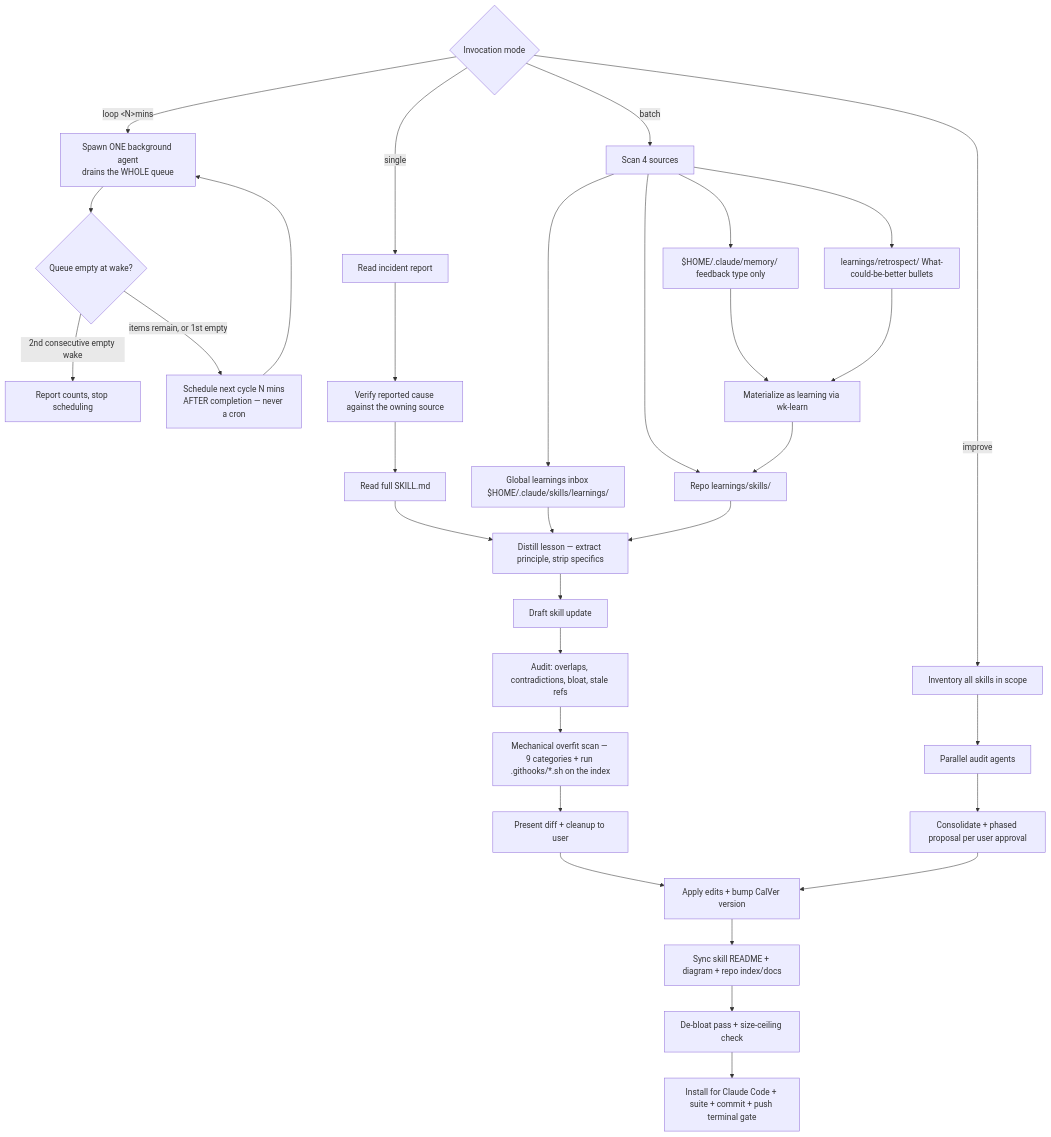
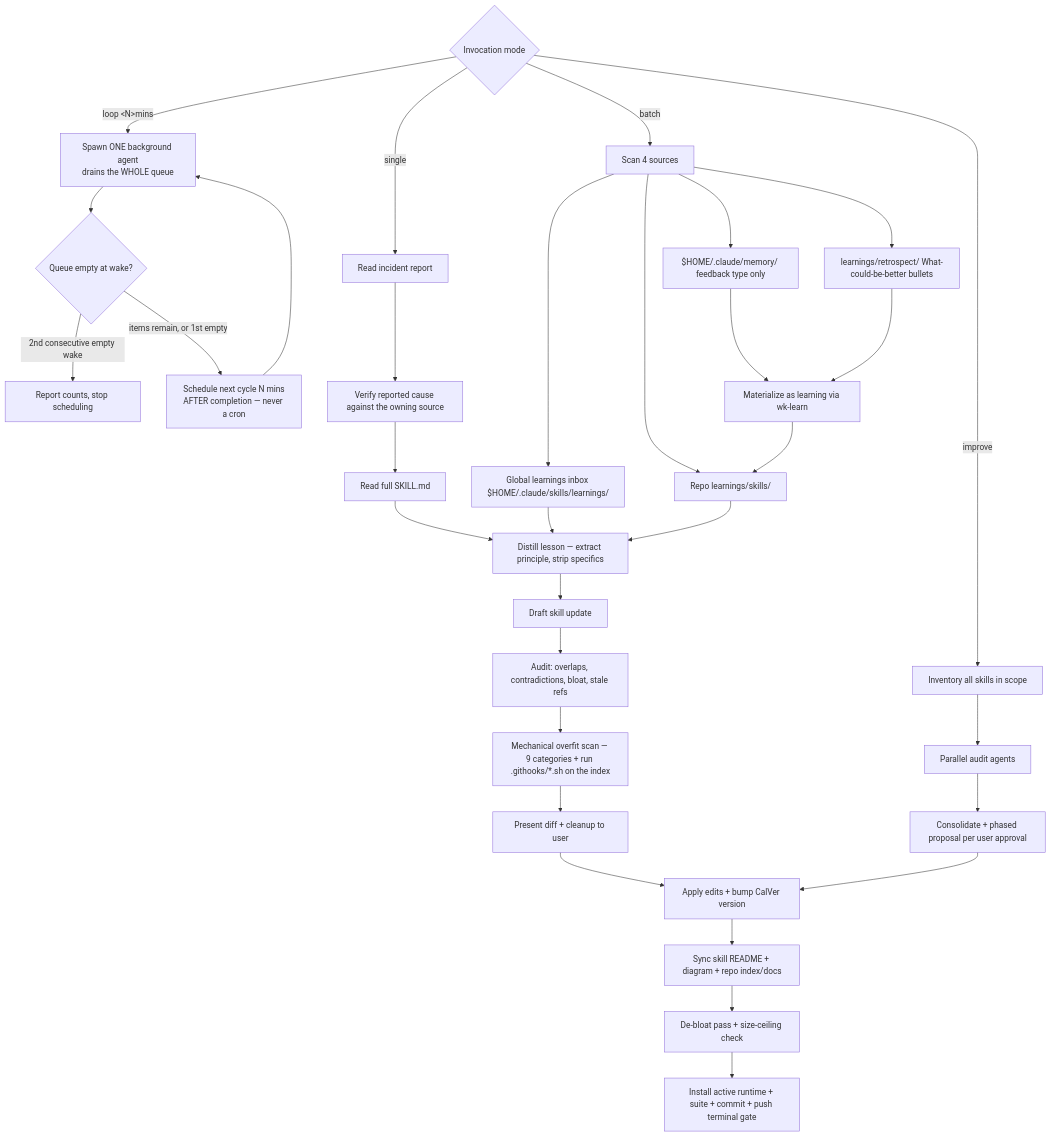
Before and after one commit to whizzzkid/skills: the diagram in skills/sharpen/README.md, drawn with Mermaid. The commit also changed other lines of this file and 4 other files, not shown here.

````diff
--- a/skills/sharpen/README.md
+++ b/skills/sharpen/README.md
@@ -16,33 +16,33 @@
 ```mermaid
 flowchart TD
     A{Invocation mode} -->|single| B[Read incident report]
     A -->|batch| G[Scan 4 sources]
     A -->|improve| K[Inventory all skills in scope]
     A -->|"loop &lt;N&gt;mins"| N1["Spawn ONE background agent<br/>drains the WHOLE queue"]
     N1 --> N2{"Queue empty at wake?"}
     N2 -->|"2nd consecutive empty wake"| N4["Report counts, stop scheduling"]
     N2 -->|"items remain, or 1st empty"| N3["Schedule next cycle N mins<br/>AFTER completion — never a cron"]
     N3 --> N1
     B --> B2[Verify reported cause against the owning source]
     B2 --> C[Read full SKILL.md]
     C --> D[Distill lesson — extract principle, strip specifics]
     D --> E[Draft skill update]
     E --> F[Audit: overlaps, contradictions, bloat, stale refs]
     F --> F2[Mechanical overfit scan — 9 categories + run .githooks/*.sh on the index]
     F2 --> P[Present diff + cleanup to user]
     P --> Q[Apply edits + bump CalVer version]
     Q --> Q2[Sync skill README + diagram + repo index/docs]
     Q2 --> R[De-bloat pass + size-ceiling check]
-    R --> S["Install for Claude Code + suite + commit + push terminal gate"]
+    R --> S["Install active runtime + suite + commit + push terminal gate"]
     G --> G1[Global learnings inbox $HOME/.claude/skills/learnings/]
     G --> G2[Repo learnings/skills/]
     G --> G3[$HOME/.claude/memory/ feedback type only]
     G --> G4[learnings/retrospect/ What-could-be-better bullets]
     G3 --> GM[Materialize as learning via wk-learn]
     G4 --> GM
     GM --> G2
     G1 & G2 --> D
     K --> L[Parallel audit agents]
     L --> M[Consolidate + phased proposal per user approval]
     M --> Q
 ```
````
